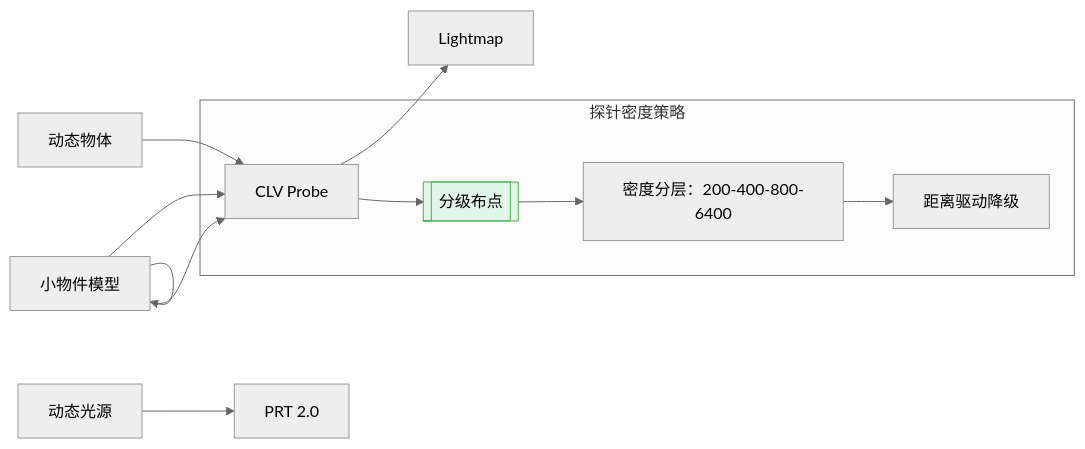
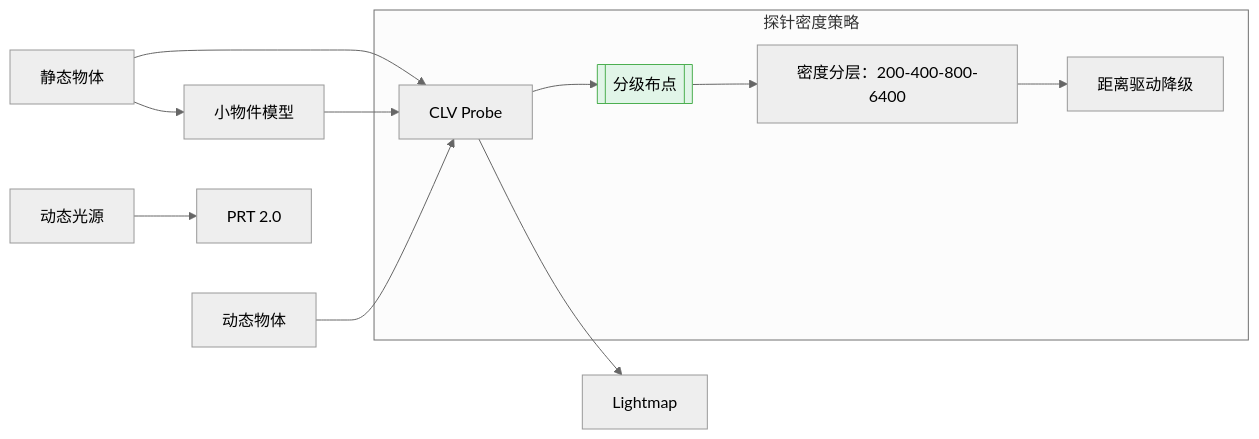
Before and after one commit to archieluan/iodraw-files: the diagram in all/未命名-5.md, drawn with Mermaid (neutral theme).

Commit message:
2025-07-08 11:03:28 update

````diff
--- a/all/未命名-5.md
+++ b/all/未命名-5.md
@@ -1,20 +1,20 @@
 ```mermaid
 graph LR
   %% 保留原基础框架
   B[静态物体] --> B1[重点模型] --> B2[Lightmap]
-  B --> B[小物件模型] --> B1[CLV Probe]
+  B --> A[小物件模型] --> B1[CLV Probe]
   
   %% 新增分级标注
   subgraph 探针密度策略
     B1 --> C[[分级布点]]
     C --> C1["密度分层：200-400-800-6400"]
     C1 --> C2["距离驱动降级"]
     style C fill:#e1f5e8,stroke:#4caf50
   end
   
   %% 动态部分严格区分
   D[动态物体] --> B1[CLV Probe] 
 
   
   E[动态光源] --> E1[PRT 2.0]
 ```
````
